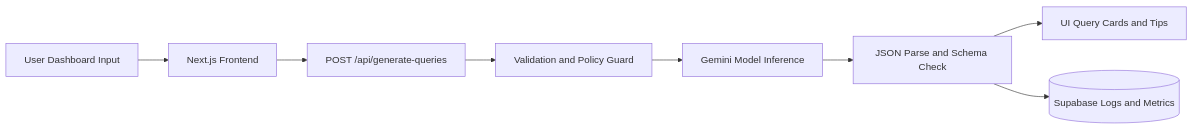
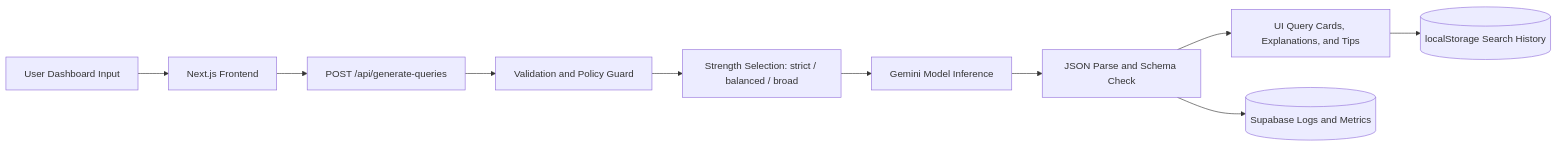
One commit to yashdoke7/jso-agent changed the diagram in docs/ARCHITECTURE_AND_DATAFLOW.md. Above: the diagram before and after it, drawn with Mermaid. The commit also changed other lines of this file and 5 other files, not shown here.

Commit message:
feat: add query strength variants, explanations, history, and UX improvements

````diff
--- a/docs/ARCHITECTURE_AND_DATAFLOW.md
+++ b/docs/ARCHITECTURE_AND_DATAFLOW.md
@@ -36,10 +38,12 @@
 ```mermaid
 flowchart LR
     A[User Dashboard Input] --> B[Next.js Frontend]
     B --> C[POST /api/generate-queries]
     C --> D[Validation and Policy Guard]
-    D --> E[Gemini Model Inference]
-    E --> F[JSON Parse and Schema Check]
-    F --> G[UI Query Cards and Tips]
-    F --> H[(Supabase Logs and Metrics)]
+    D --> E[Strength Selection: strict / balanced / broad]
+    E --> F[Gemini Model Inference]
+    F --> G[JSON Parse and Schema Check]
+    G --> H[UI Query Cards, Explanations, and Tips]
+    G --> I[(Supabase Logs and Metrics)]
+    H --> J[(localStorage Search History)]
 ```
````
